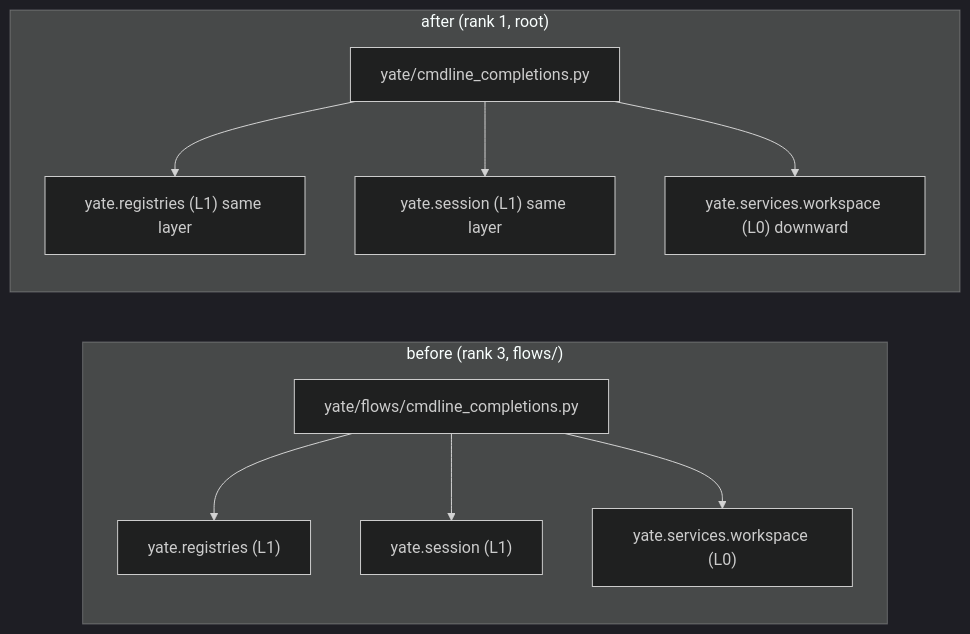
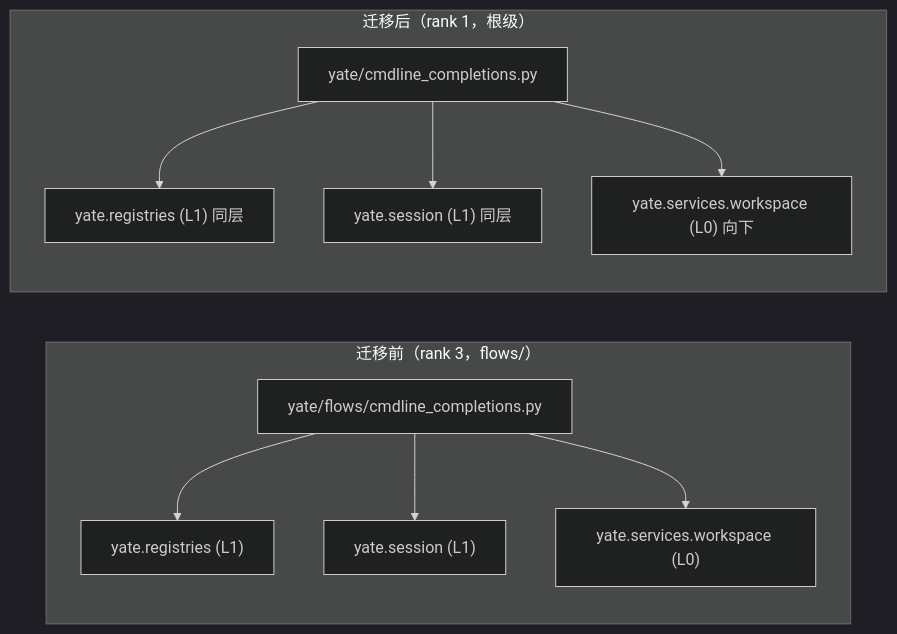
Before and after one commit to BigThxBrigde/yate: the second of 2 diagrams in .trae/documents/iktbxc-plans/overview.md, drawn with Mermaid (dark theme). The commit also changed other lines of this file and 79 other files, not shown here.

````diff
--- a/.trae/documents/iktbxc-plans/overview.md
+++ b/.trae/documents/iktbxc-plans/overview.md
@@ -36,13 +33,13 @@
 ```mermaid
 flowchart LR
-    subgraph before["before (rank 3, flows/)"]
+    subgraph before["迁移前（rank 3，flows/）"]
         F["yate/flows/cmdline_completions.py"] --> R["yate.registries (L1)"]
         F --> S["yate.session (L1)"]
         F --> W["yate.services.workspace (L0)"]
     end
-    subgraph after["after (rank 1, root)"]
-        G["yate/cmdline_completions.py"] --> R2["yate.registries (L1) same layer"]
-        G --> S2["yate.session (L1) same layer"]
-        G --> W2["yate.services.workspace (L0) downward"]
+    subgraph after["迁移后（rank 1，根级）"]
+        G["yate/cmdline_completions.py"] --> R2["yate.registries (L1) 同层"]
+        G --> S2["yate.session (L1) 同层"]
+        G --> W2["yate.services.workspace (L0) 向下"]
     end
 ```
````
